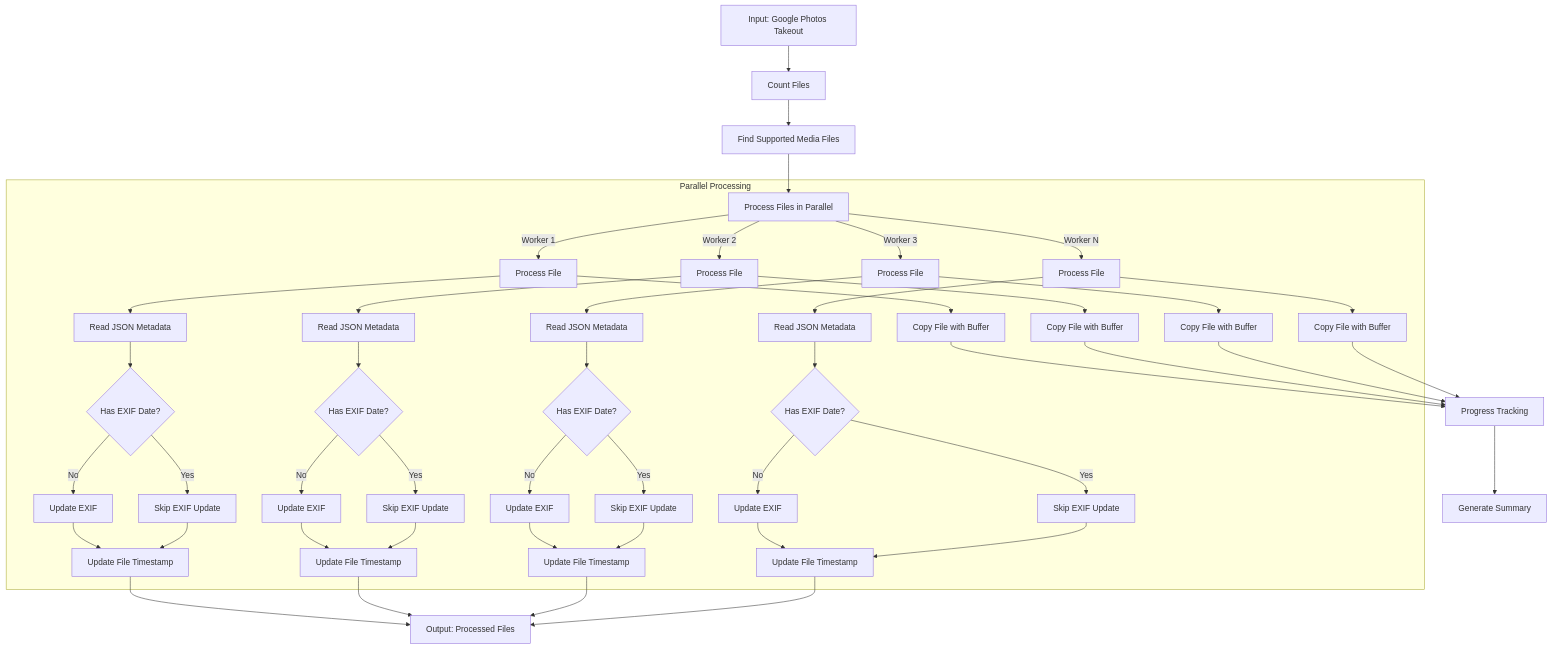
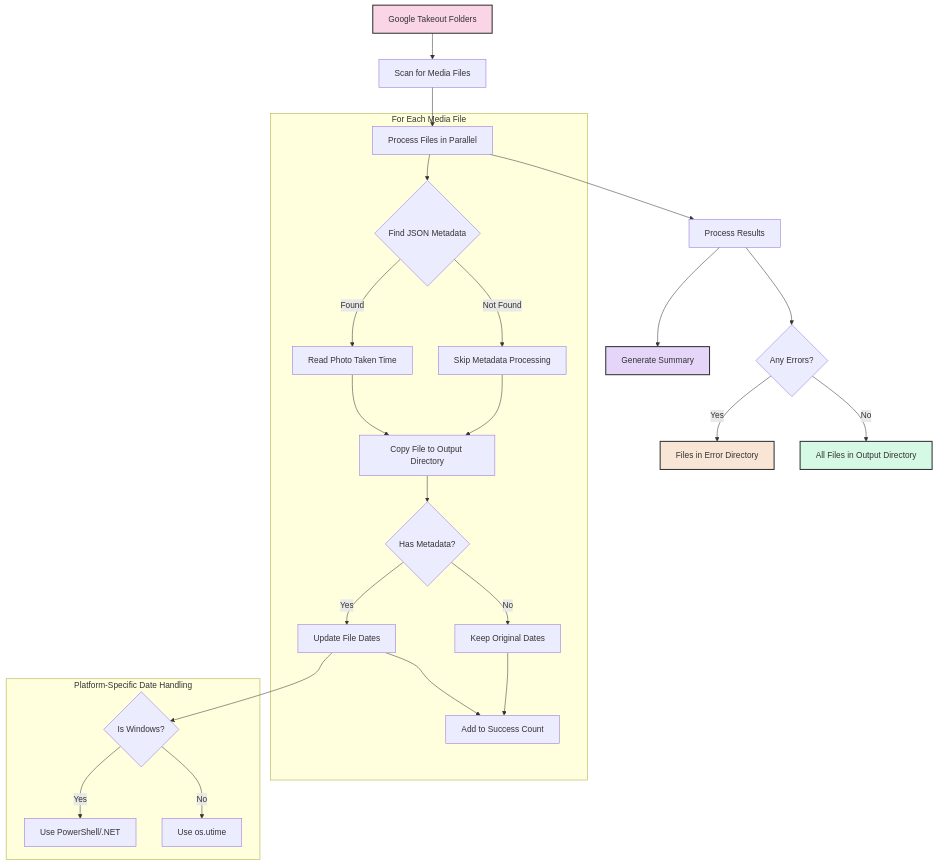
Before and after one commit to aronreid/google-takeout-fixer: the diagram in README.md, drawn with Mermaid. The commit also changed other lines of this file and 24 other files, not shown here.

````diff
--- a/README.md
+++ b/README.md
@@ -23,57 +85,35 @@
 ```mermaid
 graph TD
-    A[Input: Google Photos Takeout] --> B[Count Files]
-    B --> C[Find Supported Media Files]
-    C --> D[Process Files in Parallel]
+    A[Google Takeout Folders] --> B[Scan for Media Files]
+    B --> C[Process Files in Parallel]
     
-    subgraph "Parallel Processing"
-        D --> |Worker 1| E1[Process File]
-        D --> |Worker 2| E2[Process File]
-        D --> |Worker 3| E3[Process File]
-        D --> |Worker N| E4[Process File]
-        
-        E1 --> F1[Copy File with Buffer]
-        E1 --> G1[Read JSON Metadata]
-        G1 --> H1{Has EXIF Date?}
-        H1 -->|No| I1[Update EXIF]
-        H1 -->|Yes| J1[Skip EXIF Update]
-        I1 --> K1[Update File Timestamp]
-        J1 --> K1
-        
-        E2 --> F2[Copy File with Buffer]
-        E2 --> G2[Read JSON Metadata]
-        G2 --> H2{Has EXIF Date?}
-        H2 -->|No| I2[Update EXIF]
-        H2 -->|Yes| J2[Skip EXIF Update]
-        I2 --> K2[Update File Timestamp]
-        J2 --> K2
-        
-        E3 --> F3[Copy File with Buffer]
-        E3 --> G3[Read JSON Metadata]
-        G3 --> H3{Has EXIF Date?}
-        H3 -->|No| I3[Update EXIF]
-        H3 -->|Yes| J3[Skip EXIF Update]
-        I3 --> K3[Update File Timestamp]
-        J3 --> K3
-        
-        E4 --> F4[Copy File with Buffer]
-        E4 --> G4[Read JSON Metadata]
-        G4 --> H4{Has EXIF Date?}
-        H4 -->|No| I4[Update EXIF]
-        H4 -->|Yes| J4[Skip EXIF Update]
-        I4 --> K4[Update File Timestamp]
-        J4 --> K4
+    subgraph "For Each Media File"
+        C --> D{Find JSON Metadata}
+        D -->|Found| E[Read Photo Taken Time]
+        D -->|Not Found| F[Skip Metadata Processing]
+        E --> G[Copy File to Output Directory]
+        F --> G
+        G --> H{Has Metadata?}
+        H -->|Yes| I[Update File Dates]
+        H -->|No| J[Keep Original Dates]
+        I --> K[Add to Success Count]
+        J --> K
     end
     
-    F1 --> L[Progress Tracking]
-    F2 --> L
-    F3 --> L
-    F4 --> L
+    C --> L[Process Results]
+    L --> M[Generate Summary]
+    L --> N{Any Errors?}
+    N -->|Yes| O[Files in Error Directory]
+    N -->|No| P[All Files in Output Directory]
     
-    K1 --> M[Output: Processed Files]
-    K2 --> M
-    K3 --> M
-    K4 --> M
+    subgraph "Platform-Specific Date Handling"
+        I --> Q{Is Windows?}
+        Q -->|Yes| R[Use PowerShell/.NET]
+        Q -->|No| S[Use os.utime]
+    end
     
-    L --> N[Generate Summary]
+    style A fill:#f9d5e5,stroke:#333,stroke-width:2px
+    style P fill:#d5f9e5,stroke:#333,stroke-width:2px
+    style O fill:#f9e5d5,stroke:#333,stroke-width:2px
+    style M fill:#e5d5f9,stroke:#333,stroke-width:2px
 ```
````
